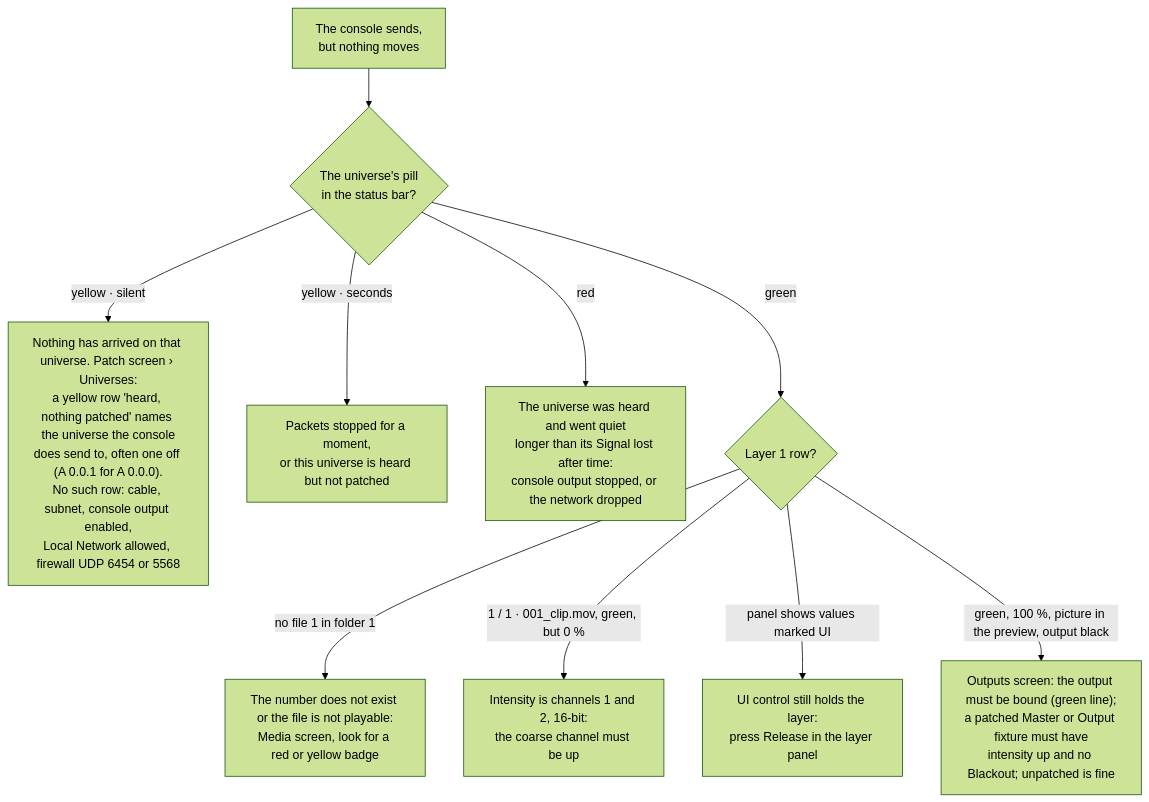
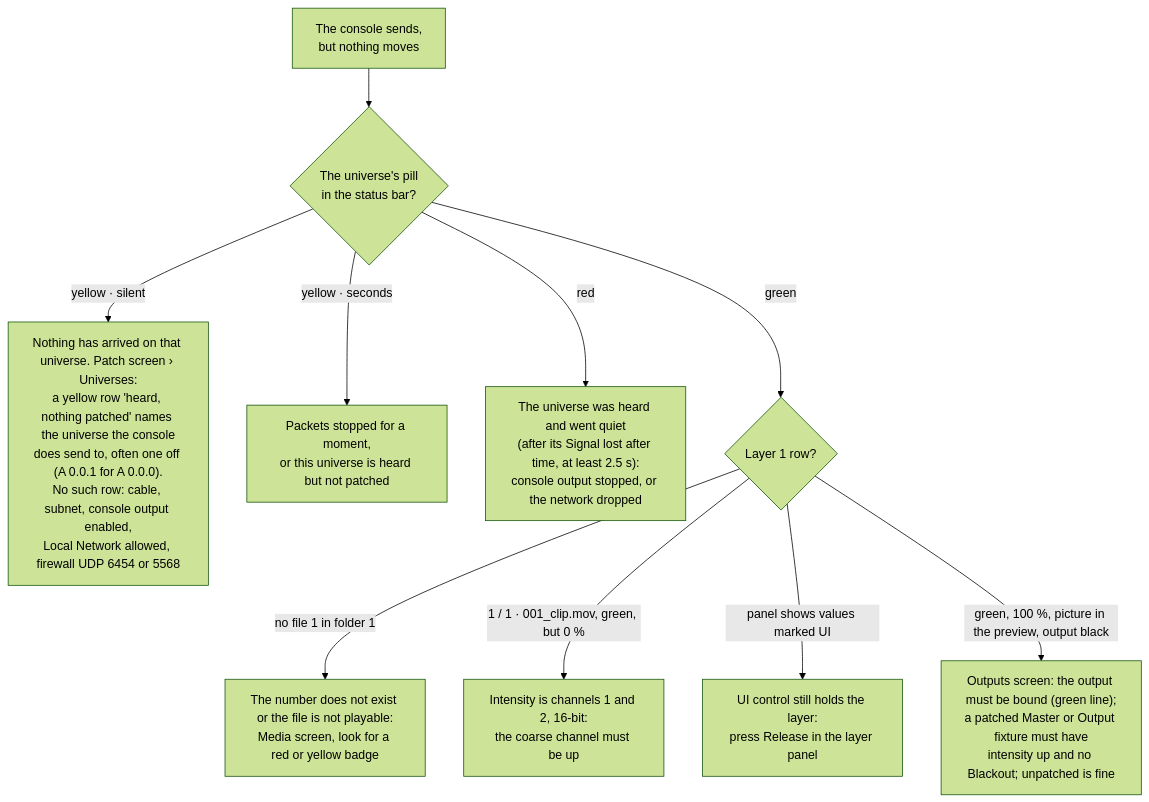
The second of 2 diagrams in docs/user/getting-started.md (Timdebruijn/fanous), drawn with Mermaid (forest theme) before and after one commit. The commit also changed 14 other files, not shown here.

````diff
--- a/docs/user/getting-started.md
+++ b/docs/user/getting-started.md
@@ -220,12 +220,12 @@
 ```mermaid
 flowchart TD
   start["The console sends,<br>but nothing moves"] --> pill{"The universe's pill<br>in the status bar?"}
   pill -- "yellow · silent" --> none["Nothing has arrived on that universe. Patch screen › Universes:<br>a yellow row 'heard, nothing patched' names the universe the console<br>does send to, often one off (A 0.0.1 for A 0.0.0).<br>No such row: cable, subnet, console output enabled,<br>Local Network allowed, firewall UDP 6454 or 5568"]
   pill -- "yellow · seconds" --> gap["Packets stopped for a moment,<br>or this universe is heard but not patched"]
-  pill -- "red" --> quiet["The universe was heard and went quiet<br>longer than its Signal lost after time:<br>console output stopped, or the network dropped"]
+  pill -- "red" --> quiet["The universe was heard and went quiet<br>(after its Signal lost after time, at least 2.5 s):<br>console output stopped, or the network dropped"]
   pill -- green --> row{"Layer 1 row?"}
   row -- "no file 1 in folder 1" --> media["The number does not exist or the file is not playable:<br>Media screen, look for a red or yellow badge"]
   row -- "1 / 1 · 001_clip.mov, green, but 0 %" --> level["Intensity is channels 1 and 2, 16-bit:<br>the coarse channel must be up"]
   row -- "panel shows values marked UI" --> policy["UI control still holds the layer:<br>press Release in the layer panel"]
   row -- "green, 100 %, picture in the preview, output black" --> out["Outputs screen: the output must be bound (green line);<br>a patched Master or Output fixture must have<br>intensity up and no Blackout; unpatched is fine"]
 ```
````
